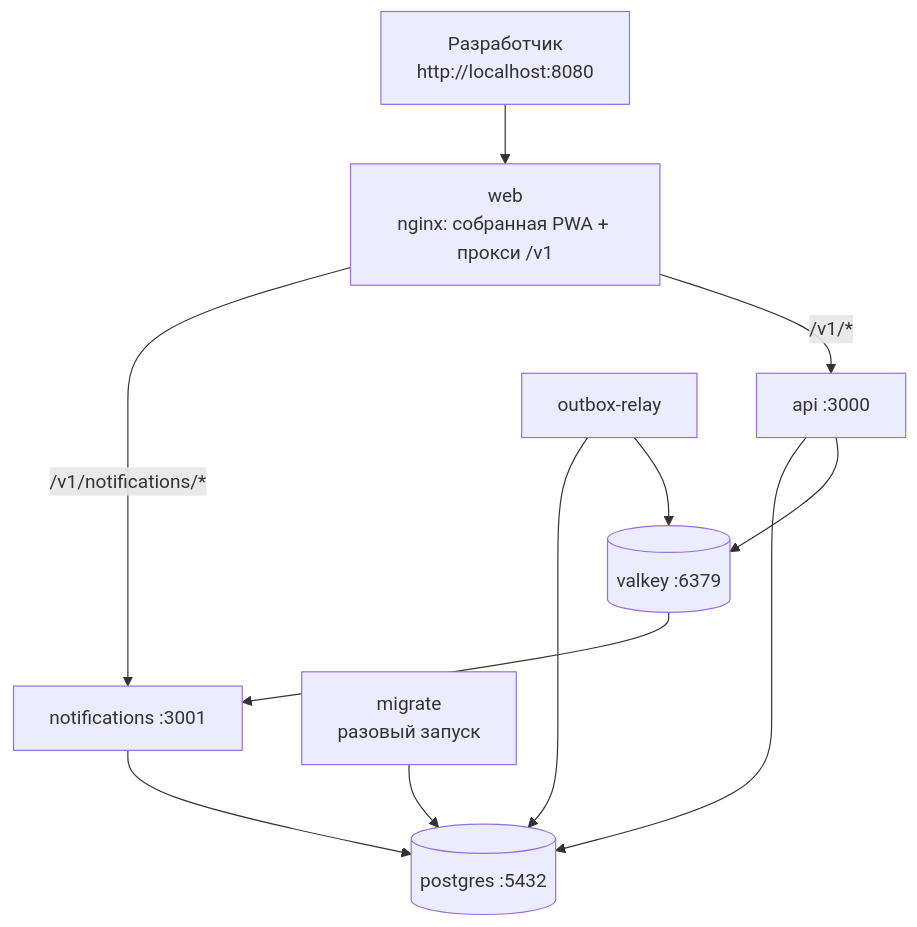
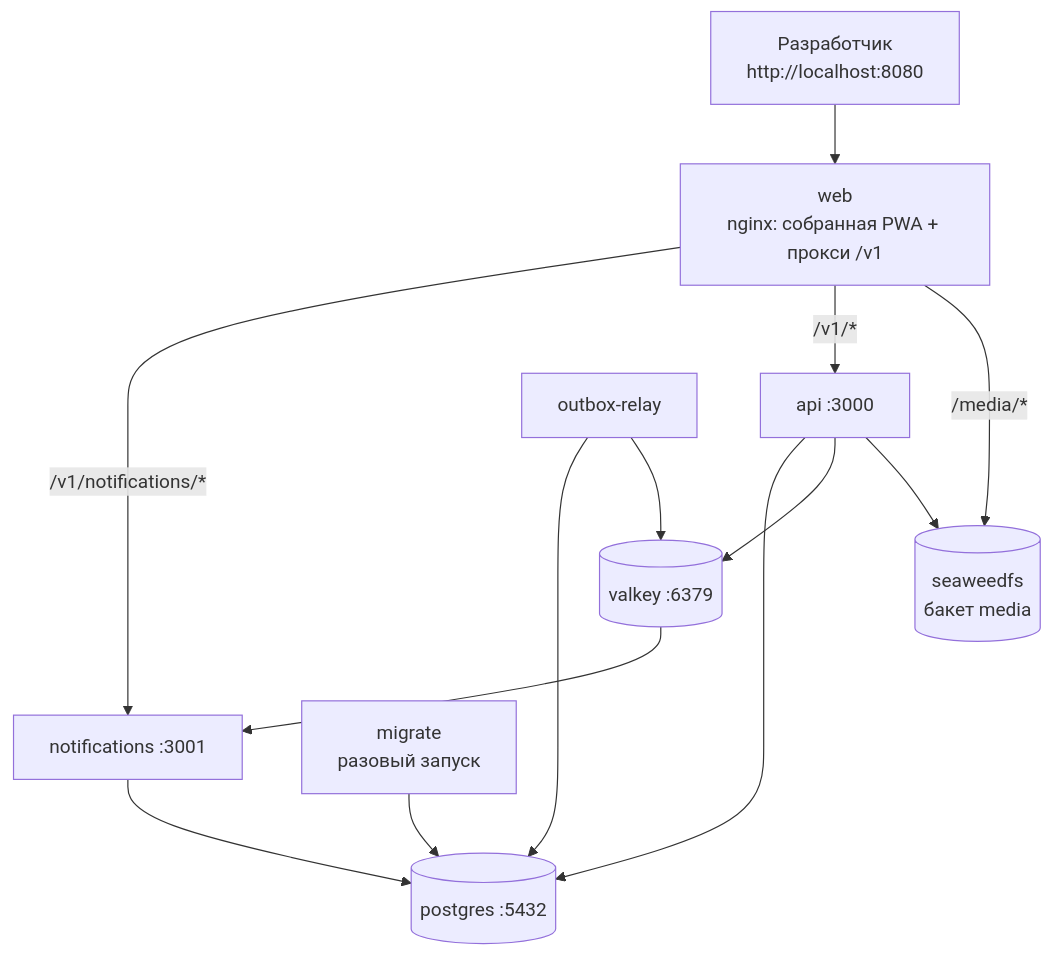
One commit to SiritosKon/kids-chores changed the second of 2 diagrams in adr/005-backend-architecture-and-stack.md. Above: the diagram before and after it, drawn with Mermaid. The commit also changed other lines of this file and 10 other files, not shown here.

````diff
--- a/adr/005-backend-architecture-and-stack.md
+++ b/adr/005-backend-architecture-and-stack.md
@@ -224,22 +230,25 @@
 ```mermaid
 flowchart TB
   dev["Разработчик<br/>http://localhost:8080"]
   web["web<br/>nginx: собранная PWA + прокси /v1"]
   api["api :3000"]
   relay["outbox-relay"]
   notify["notifications :3001"]
   migrate["migrate<br/>разовый запуск"]
   db[("postgres :5432")]
   kv[("valkey :6379")]
+  s3[("seaweedfs<br/>бакет media")]
 
   dev --> web
   web -->|"/v1/notifications/*"| notify
   web -->|"/v1/*"| api
+  web -->|"/media/*"| s3
   migrate --> db
   api --> db
   api --> kv
+  api --> s3
   relay --> db
   relay --> kv
   kv --> notify
   notify --> db
 ```
````
